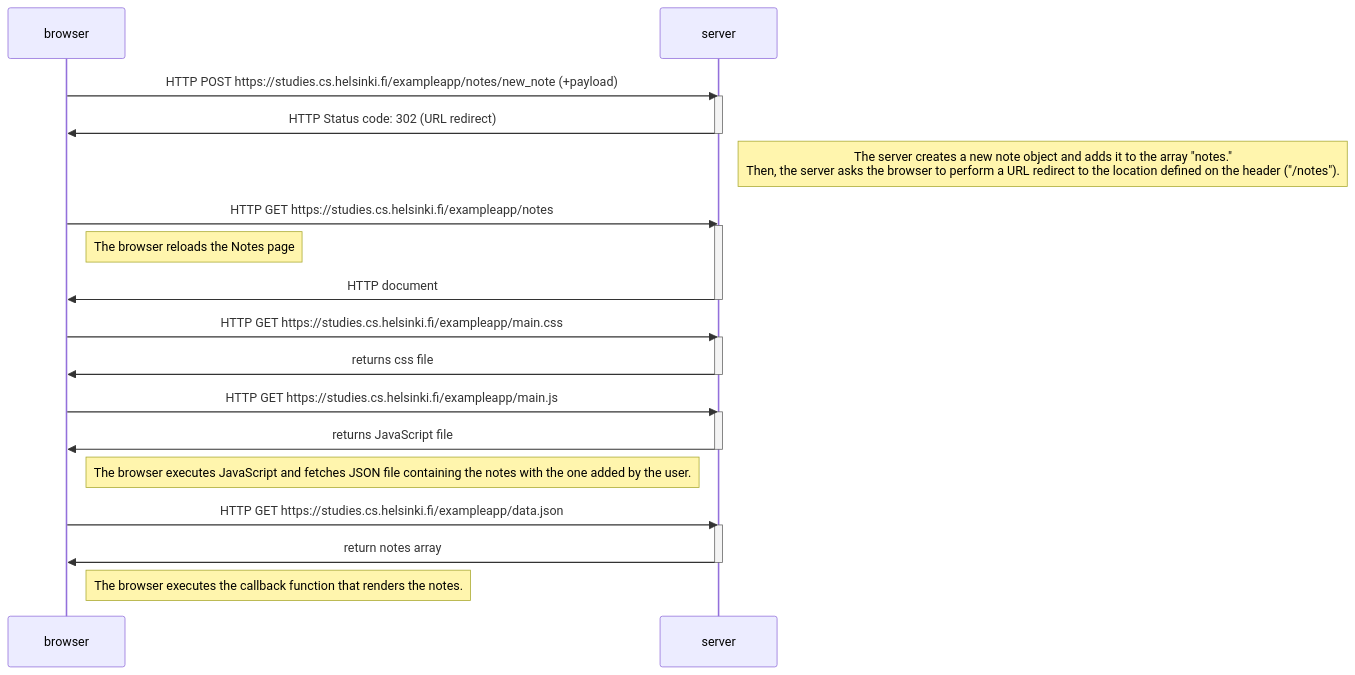
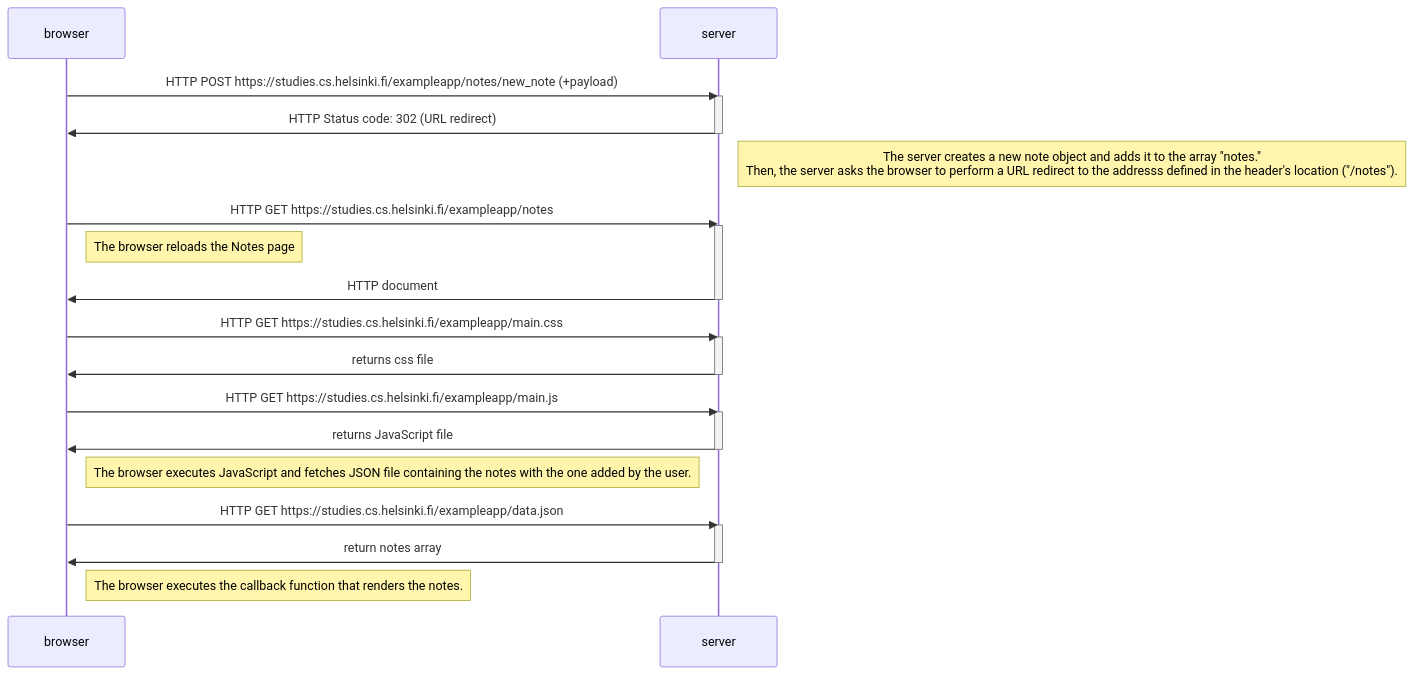
The diagram in part0/newnotediagram/diagram.md (AnaRuizS/Fullstack_open), drawn with Mermaid before and after one commit.

Commit message:
Proofread new note diagram

````diff
--- a/part0/newnotediagram/diagram.md
+++ b/part0/newnotediagram/diagram.md
@@ -3,40 +3,40 @@
 ```mermaid
 sequenceDiagram
     participant browser
     participant server
 
     browser->>server: HTTP POST https://studies.cs.helsinki.fi/exampleapp/notes/new_note (+payload)
     activate server
     server->>browser: HTTP Status code: 302 (URL redirect)
     deactivate server
     
-    Note right of server: The server creates a new note object and adds it to the array "notes." <br/> Then, the server asks the browser to perform a URL redirect to the location defined on the header ("/notes").
+    Note right of server: The server creates a new note object and adds it to the array "notes." <br/> Then, the server asks the browser to perform a URL redirect to the addresss defined in the header's location ("/notes").
 
     browser->>server: HTTP GET https://studies.cs.helsinki.fi/exampleapp/notes
     activate server
 
     Note right of browser: The browser reloads the Notes page
 
     server->>browser: HTTP document
     deactivate server
 
     browser->>server: HTTP GET https://studies.cs.helsinki.fi/exampleapp/main.css
     activate server
     server->>browser: returns css file
     deactivate server
 
     browser->>server: HTTP GET https://studies.cs.helsinki.fi/exampleapp/main.js
     activate server
     server->>browser: returns JavaScript file
     deactivate server
 
     Note right of browser: The browser executes JavaScript and fetches JSON file containing the notes with the one added by the user.
 
     browser->>server: HTTP GET https://studies.cs.helsinki.fi/exampleapp/data.json
     activate server
     server->>browser: return notes array
     deactivate server
 
     Note right of browser: The browser executes the callback function that renders the notes. 
 
 ```
````
